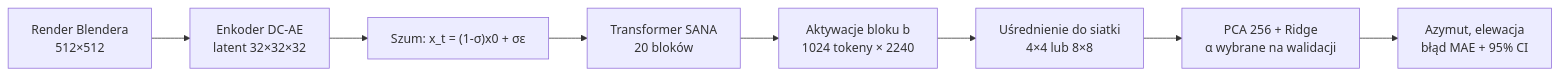
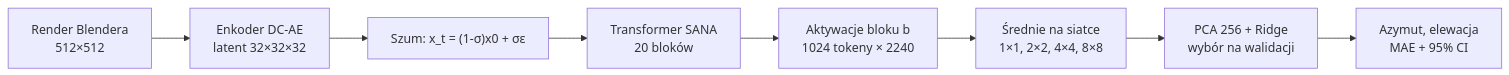
Before and after one commit to FilipLangiewicz/DoesDiffusionLearn3D: the first of 3 diagrams in docs/STAN_PRAC.md, drawn with Mermaid. The commit also changed other lines of this file, not shown here.

````diff
--- a/docs/STAN_PRAC.md
+++ b/docs/STAN_PRAC.md
@@ -29,10 +23,10 @@
 ```mermaid
 flowchart LR
-    A[Render Blendera<br/>512×512] --> B[Enkoder DC-AE<br/>latent 32×32×32]
+    A["Render Blendera<br/>512×512"] --> B["Enkoder DC-AE<br/>latent 32×32×32"]
     B --> C["Szum: x_t = (1-σ)x0 + σε"]
-    C --> D[Transformer SANA<br/>20 bloków]
-    D --> E[Aktywacje bloku b<br/>1024 tokeny × 2240]
-    E --> F[Uśrednienie do siatki<br/>4×4 lub 8×8]
-    F --> G[PCA 256 + Ridge<br/>α wybrane na walidacji]
-    G --> H[Azymut, elewacja<br/>błąd MAE + 95% CI]
+    C --> D["Transformer SANA<br/>20 bloków"]
+    D --> E["Aktywacje bloku b<br/>1024 tokeny × 2240"]
+    E --> F["Średnie na siatce<br/>1×1, 2×2, 4×4, 8×8"]
+    F --> G["PCA 256 + Ridge<br/>wybór na walidacji"]
+    G --> H["Azymut, elewacja<br/>MAE + 95% CI"]
 ```
````
